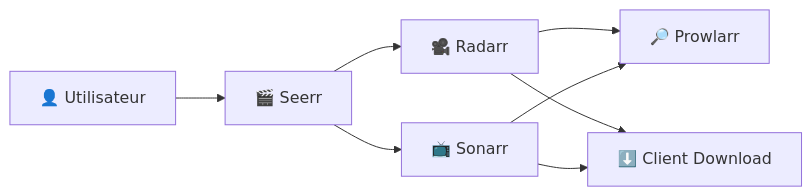
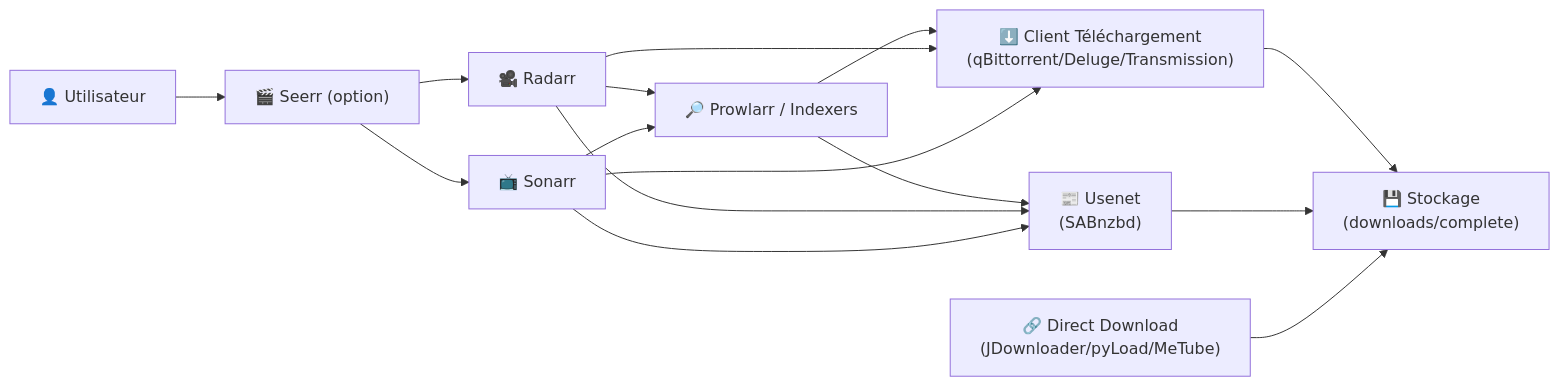
The diagram in docs/fr/applications/telechargement/index.md (projetssd/ssdv2_docs), drawn with Mermaid before and after one commit. The commit also changed other lines of this file and 3 other files, not shown here.

````diff
--- a/docs/fr/applications/telechargement/index.md
+++ b/docs/fr/applications/telechargement/index.md
@@ -23,18 +23,32 @@
 ```mermaid
 flowchart LR
 
     User["👤 Utilisateur"]
-    Seerr["🎬 Seerr"]
+    Seerr["🎬 Seerr (option)"]
     Radarr["🎥 Radarr"]
     Sonarr["📺 Sonarr"]
-    Prowlarr["🔎 Prowlarr"]
-    Downloader["⬇️ Client Download"]
+    Prowlarr["🔎 Prowlarr / Indexers"]
+    Downloader["⬇️ Client Téléchargement\n(qBittorrent/Deluge/Transmission)"]
+    Usenet["📰 Usenet\n(SABnzbd)"]
+    Direct["🔗 Direct Download\n(JDownloader/pyLoad/MeTube)"]
+    Storage["💾 Stockage\n(downloads/complete)"]
 
     User --> Seerr
     Seerr --> Radarr
     Seerr --> Sonarr
+
     Radarr --> Prowlarr
     Sonarr --> Prowlarr
+
+    Prowlarr --> Downloader
+    Prowlarr --> Usenet
+
     Radarr --> Downloader
     Sonarr --> Downloader
+    Radarr --> Usenet
+    Sonarr --> Usenet
+
+    Downloader --> Storage
+    Usenet --> Storage
+    Direct --> Storage
 ```
````
